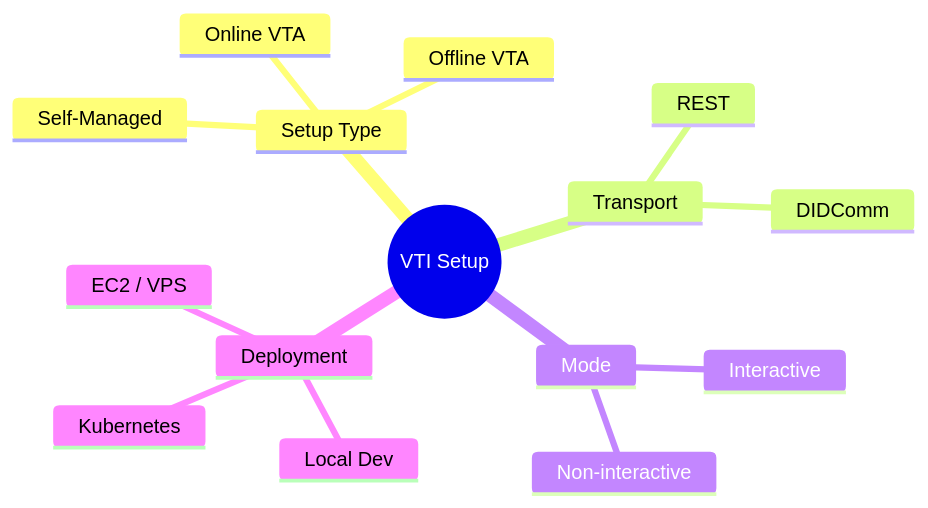
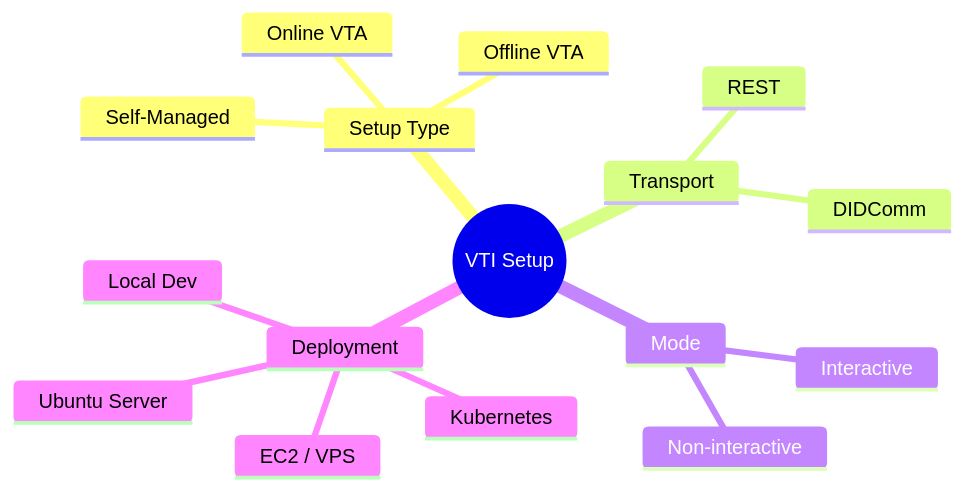
Before and after one commit to OpenVTC/vti-setup: the second of 3 diagrams in README.md, drawn with Mermaid. The commit also changed other lines of this file, not shown here.

````diff
--- a/README.md
+++ b/README.md
@@ -46,18 +46,19 @@
 ```mermaid
 mindmap
   root((VTI Setup))
     Setup Type
       Online VTA
       Offline VTA
       Self-Managed
     Transport
       REST
       DIDComm
     Mode
       Interactive
       Non-interactive
     Deployment
+      Local Dev
+      Ubuntu Server
       Kubernetes
-      Local Dev
       EC2 / VPS
 ```
````
